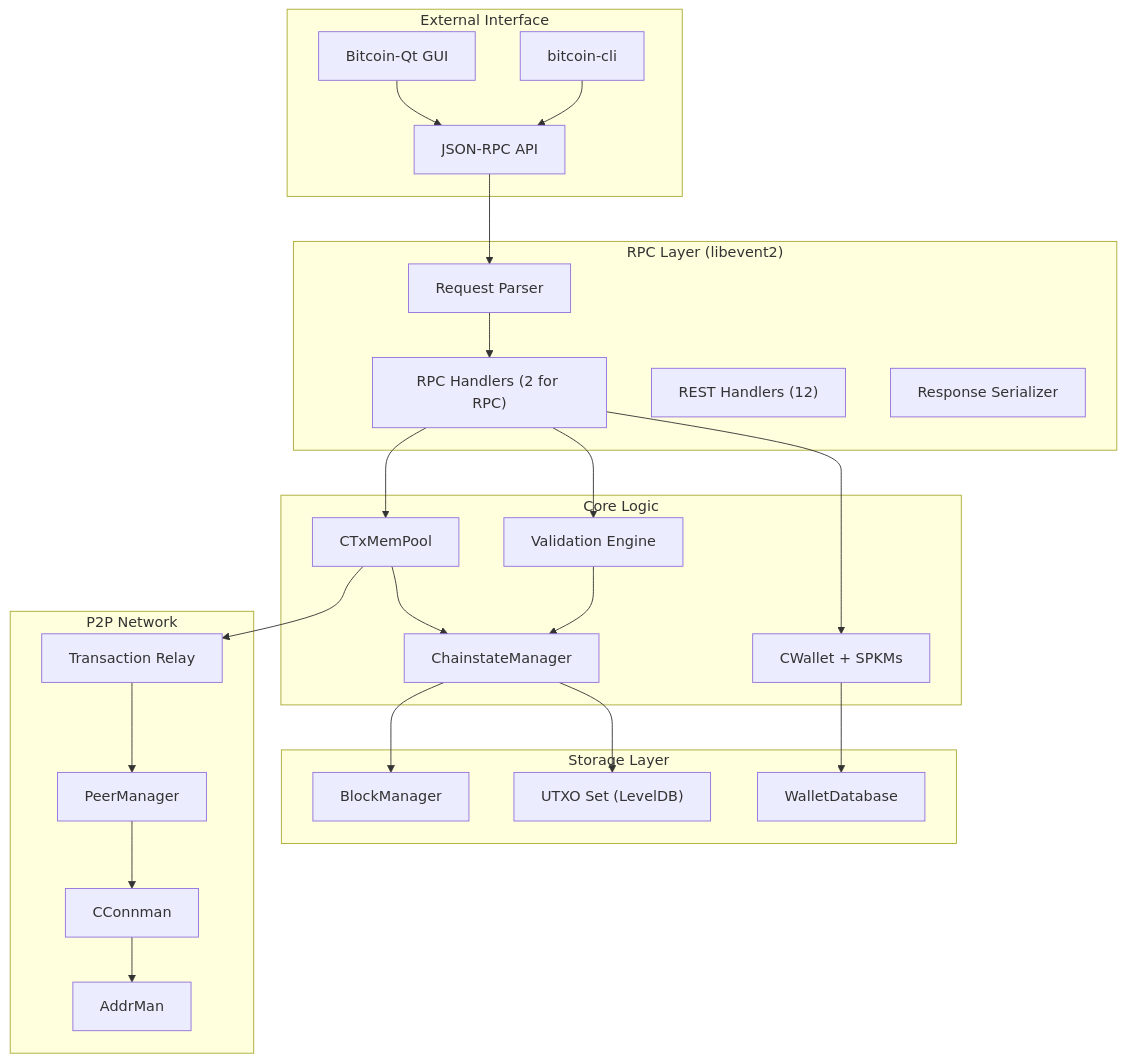
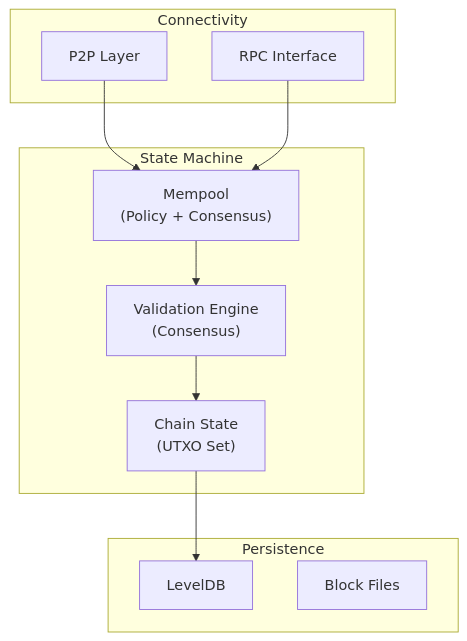
The first of 3 diagrams in src/architecture.md (diegobianqui/BOSS_Syllabus), drawn with Mermaid before and after one commit. The commit also changed other lines of this file and 2 other files, not shown here.

````diff
--- a/src/architecture.md
+++ b/src/architecture.md
@@ -13,52 +11,24 @@
 ```mermaid
 graph TB
-    subgraph External["External Interface"]
-        CLI["bitcoin-cli"]
-        GUI["Bitcoin-Qt GUI"]
-        API["JSON-RPC API"]
+    subgraph Network["Connectivity"]
+        P2P["P2P Layer"]
+        RPC["RPC Interface"]
     end
-    
-    subgraph RPCLayer["RPC Layer (libevent2)"]
-        RH["RPC Handlers (2 for RPC)"]
-        REST["REST Handlers (12)"]
-        RP["Request Parser"]
-        RS["Response Serializer"]
+
+    subgraph Core["State Machine"]
+        VAL["Validation Engine<br/>(Consensus)"]
+        MEM["Mempool<br/>(Policy + Consensus)"]
+        CHAIN["Chain State<br/>(UTXO Set)"]
     end
-    
-    subgraph Logic["Core Logic"]
-        VAL["Validation Engine"]
-        MEM["CTxMemPool"]
-        CHAIN["ChainstateManager"]
-        WALLET["CWallet + SPKMs"]
+
+    subgraph Storage["Persistence"]
+        DB["LevelDB"]
+        BLK["Block Files"]
     end
-    
-    subgraph Storage["Storage Layer"]
-        BLOCKS["BlockManager"]
-        UTXODB["UTXO Set (LevelDB)"]
-        WALLETDB["WalletDatabase"]
-    end
-    
-    subgraph Network["P2P Network"]
-        PEERS["PeerManager"]
-        CONN["CConnman"]
-        ADDR["AddrMan"]
-        RELAY["Transaction Relay"]
-    end
-    
-    CLI --> API
-    GUI --> API
-    API --> RP
-    RP --> RH
-    RH --> VAL
-    RH --> MEM
-    RH --> WALLET
+
+    P2P --> MEM
+    RPC --> MEM
+    MEM --> VAL
     VAL --> CHAIN
-    MEM --> CHAIN
-    CHAIN --> BLOCKS
-    CHAIN --> UTXODB
-    WALLET --> WALLETDB
-    PEERS --> CONN
-    CONN --> ADDR
-    MEM --> RELAY
-    RELAY --> PEERS
+    CHAIN --> DB
 ```
````
